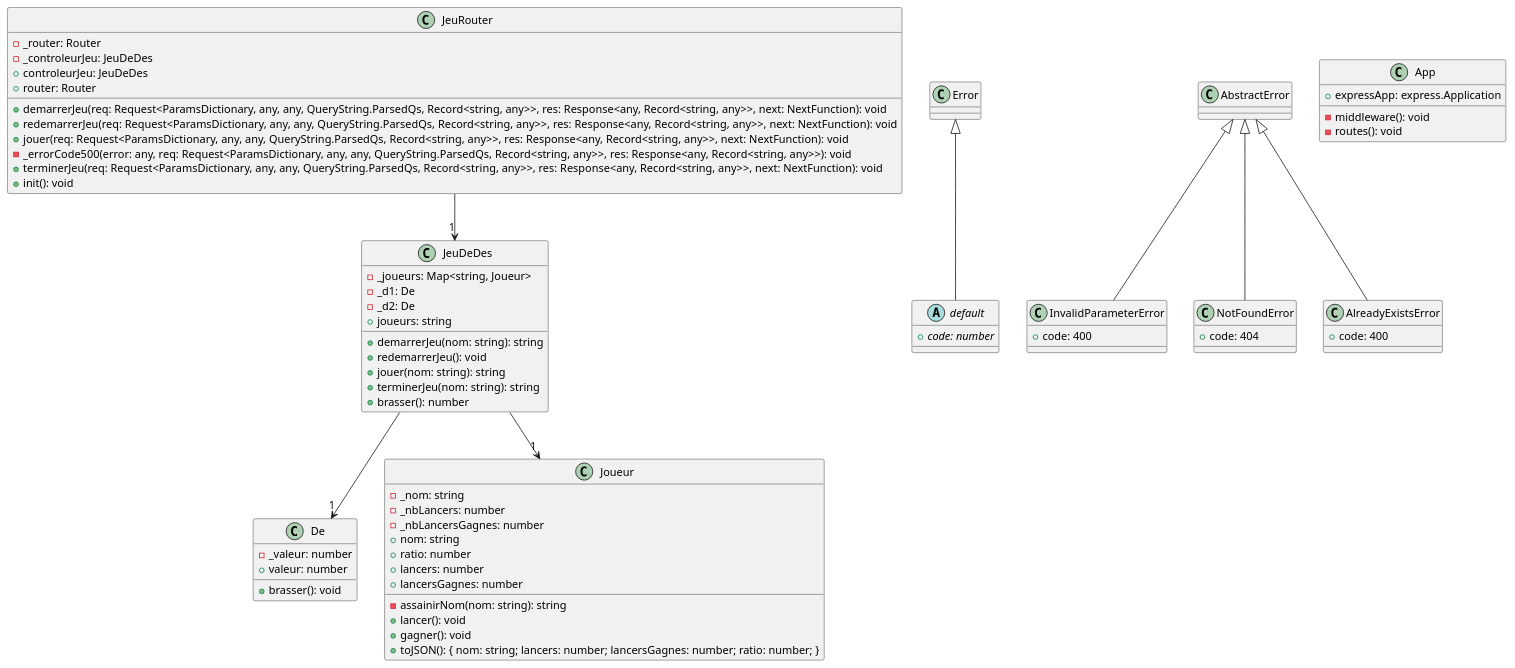
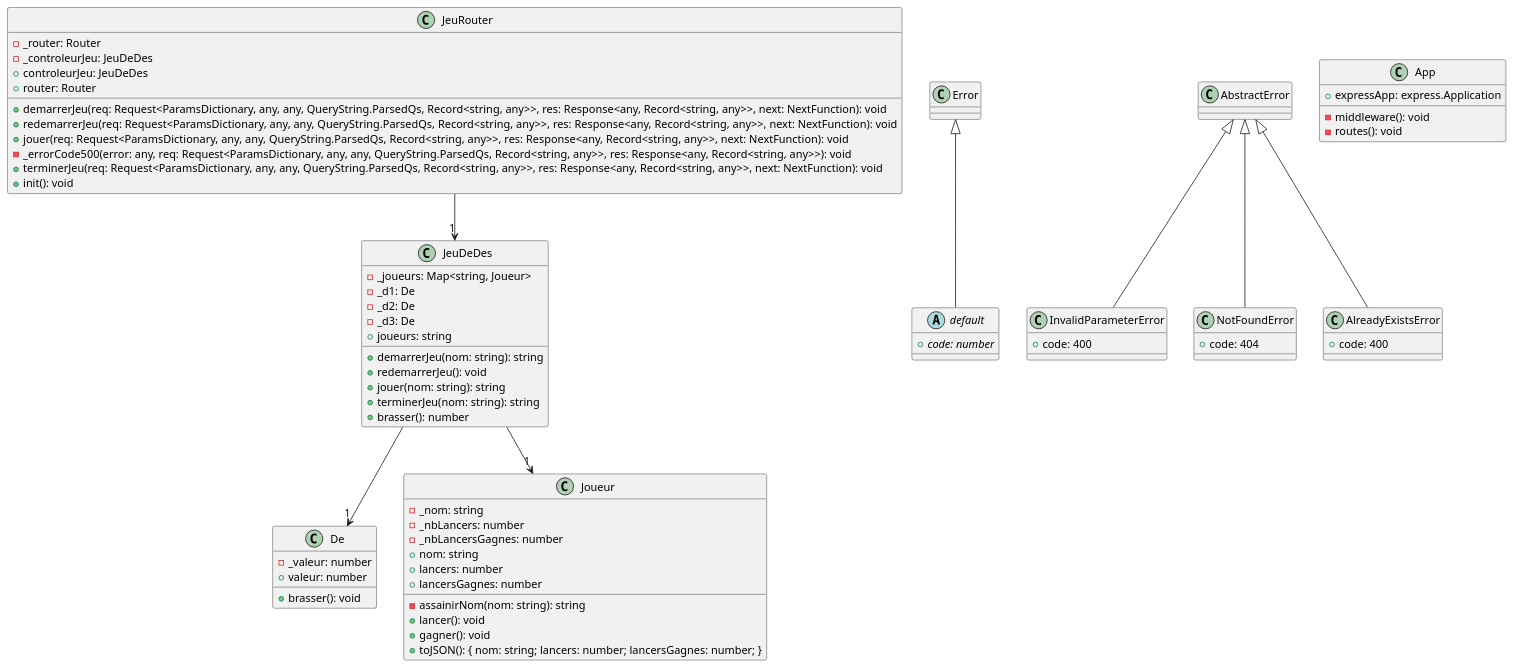
The diagram in docs/modeles/App.puml (cc-probitaille/laboratoire-0-fuyuka1d3su), drawn with PlantUML before and after one commit.

Commit message:
Fix du UML, plus de ratio directement dans Joueur.ts

```diff
--- a/docs/modeles/App.puml
+++ b/docs/modeles/App.puml
@@ -1,63 +1,63 @@
 @startuml
 class De {
     -_valeur: number
     +brasser(): void
     +valeur: number
 }
 abstract class default extends Error {
     +{abstract} code: number
 }
 class InvalidParameterError extends AbstractError {
     +code: 400
 }
 class Joueur {
     -_nom: string
     -_nbLancers: number
     -_nbLancersGagnes: number
     +nom: string
-    +ratio: number
     -assainirNom(nom: string): string
     +lancers: number
     +lancersGagnes: number
     +lancer(): void
     +gagner(): void
-    +toJSON(): { nom: string; lancers: number; lancersGagnes: number; ratio: number; }
+    +toJSON(): { nom: string; lancers: number; lancersGagnes: number; }
 }
 class NotFoundError extends AbstractError {
     +code: 404
 }
 class AlreadyExistsError extends AbstractError {
     +code: 400
 }
 class JeuDeDes {
     -_joueurs: Map<string, Joueur>
     -_d1: De
     -_d2: De
+    -_d3: De
     +demarrerJeu(nom: string): string
     +redemarrerJeu(): void
     +jouer(nom: string): string
     +terminerJeu(nom: string): string
     +brasser(): number
     +joueurs: string
 }
 class JeuRouter {
     -_router: Router
     -_controleurJeu: JeuDeDes
     +controleurJeu: JeuDeDes
     +router: Router
     +demarrerJeu(req: Request<ParamsDictionary, any, any, QueryString.ParsedQs, Record<string, any>>, res: Response<any, Record<string, any>>, next: NextFunction): void
     +redemarrerJeu(req: Request<ParamsDictionary, any, any, QueryString.ParsedQs, Record<string, any>>, res: Response<any, Record<string, any>>, next: NextFunction): void
     +jouer(req: Request<ParamsDictionary, any, any, QueryString.ParsedQs, Record<string, any>>, res: Response<any, Record<string, any>>, next: NextFunction): void
     -_errorCode500(error: any, req: Request<ParamsDictionary, any, any, QueryString.ParsedQs, Record<string, any>>, res: Response<any, Record<string, any>>): void
     +terminerJeu(req: Request<ParamsDictionary, any, any, QueryString.ParsedQs, Record<string, any>>, res: Response<any, Record<string, any>>, next: NextFunction): void
     +init(): void
 }
 class App {
     +expressApp: express.Application
     -middleware(): void
     -routes(): void
 }
 JeuDeDes --> "1" Joueur
 JeuDeDes --> "1" De
 JeuRouter --> "1" JeuDeDes
 @enduml
```
